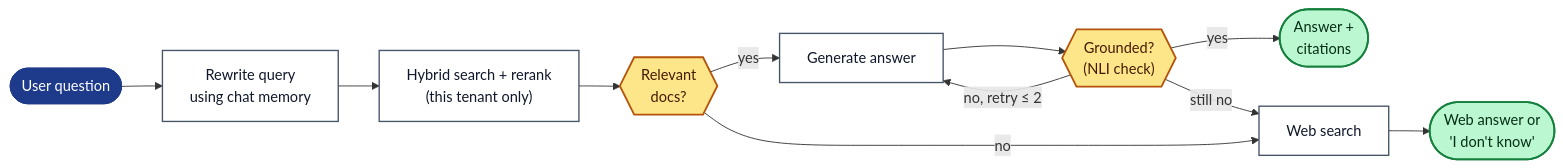
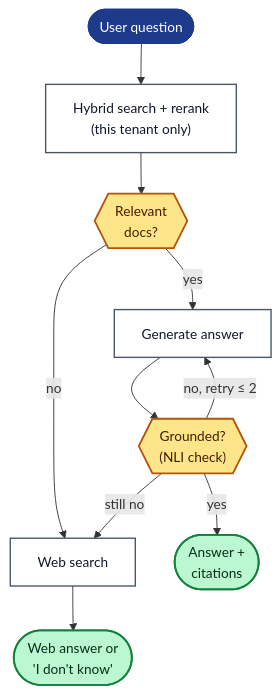
The first of 2 diagrams in README.md (Devisri-B/Multi-Tenant-SaaS-Platform-with-an-AI-Product-Assistant), drawn with Mermaid before and after one commit. The commit also changed other lines of this file and 1 other file, not shown here.

Commit message:
architectures added

````diff
--- a/README.md
+++ b/README.md
@@ -26,23 +26,22 @@
 ```mermaid
-%%{init: {"flowchart": {"nodeSpacing": 40, "rankSpacing": 45, "curve": "basis"}, "themeVariables": {"fontSize": "16px"}}}%%
-flowchart LR
-    Q(["User question"]) --> R["Rewrite query<br/>using chat memory"]
-    R --> H["Hybrid search + rerank<br/>(this tenant only)"]
+%%{init: {"flowchart": {"nodeSpacing": 35, "rankSpacing": 45, "curve": "basis"}, "themeVariables": {"fontSize": "15px"}}}%%
+flowchart TB
+    Q(["User question"]) --> H["Hybrid search + rerank<br/>(this tenant only)"]
     H --> G1{{"Relevant<br/>docs?"}}
-    G1 -- yes --> GEN["Generate answer"]
+    G1 -- "yes" --> GEN["Generate answer"]
+    G1 -- "no" --> W["Web search"]
     GEN --> G2{{"Grounded?<br/>(NLI check)"}}
-    G2 -- yes --> A1(["Answer +<br/>citations"])
+    G2 -- "yes" --> A1(["Answer +<br/>citations"])
     G2 -- "no, retry ≤ 2" --> GEN
-    G2 -- "still no" --> W["Web search"]
-    G1 -- no --> W
+    G2 -- "still no" --> W
     W --> A2(["Web answer or<br/>'I don't know'"])
 
     classDef io fill:#1e3a8a,stroke:#1e3a8a,color:#ffffff
     classDef step fill:#ffffff,stroke:#475569,color:#0f172a,stroke-width:1.5px
     classDef guard fill:#fde68a,stroke:#b45309,color:#451a03,stroke-width:2px
     classDef out fill:#bbf7d0,stroke:#15803d,color:#052e16,stroke-width:2px
     class Q io
-    class R,H,GEN,W step
+    class H,GEN,W step
     class G1,G2 guard
     class A1,A2 out
 ```
````
